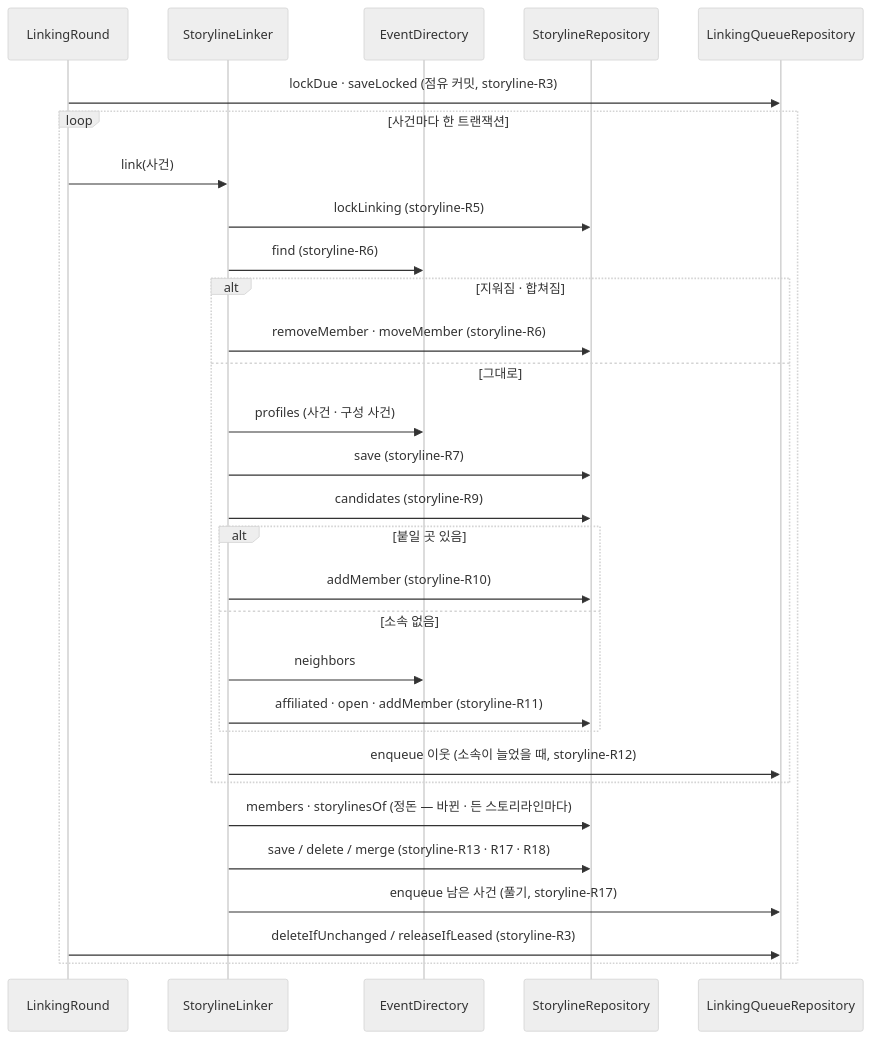
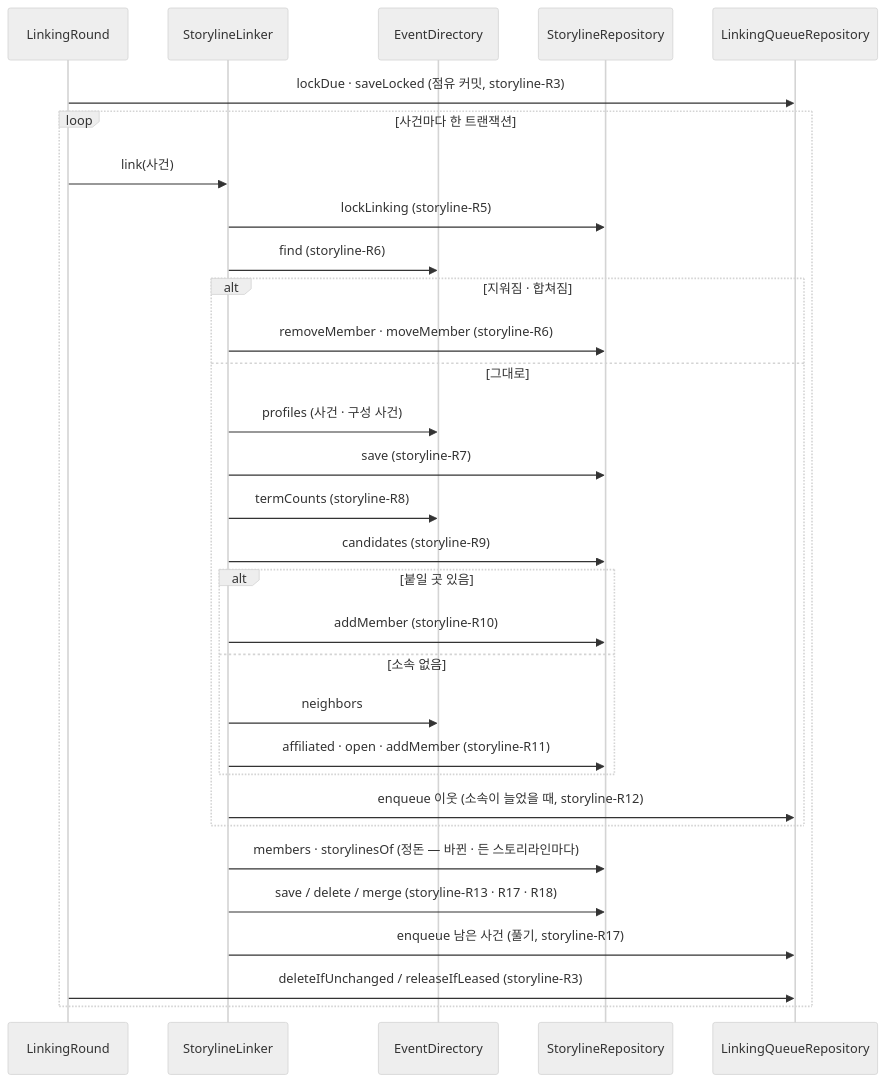
The diagram in docs/specs/storyline.md (Theia0382/yozm-news), drawn with Mermaid (neutral theme) before and after one commit. The commit also changed other lines of this file and 11 other files, not shown here.

````diff
--- a/docs/specs/storyline.md
+++ b/docs/specs/storyline.md
@@ -115,32 +116,33 @@
 ```mermaid
 sequenceDiagram
     participant R as LinkingRound
     participant L as StorylineLinker
     participant D as EventDirectory
     participant S as StorylineRepository
     participant Q as LinkingQueueRepository
     R->>Q: lockDue · saveLocked (점유 커밋, storyline-R3)
     loop 사건마다 한 트랜잭션
         R->>L: link(사건)
         L->>S: lockLinking (storyline-R5)
         L->>D: find (storyline-R6)
         alt 지워짐 · 합쳐짐
             L->>S: removeMember · moveMember (storyline-R6)
         else 그대로
             L->>D: profiles (사건 · 구성 사건)
             L->>S: save (storyline-R7)
+            L->>D: termCounts (storyline-R8)
             L->>S: candidates (storyline-R9)
             alt 붙일 곳 있음
                 L->>S: addMember (storyline-R10)
             else 소속 없음
                 L->>D: neighbors
                 L->>S: affiliated · open · addMember (storyline-R11)
             end
             L->>Q: enqueue 이웃 (소속이 늘었을 때, storyline-R12)
         end
         L->>S: members · storylinesOf (정돈 — 바뀐 · 든 스토리라인마다)
         L->>S: save / delete / merge (storyline-R13 · R17 · R18)
         L->>Q: enqueue 남은 사건 (풀기, storyline-R17)
         R->>Q: deleteIfUnchanged / releaseIfLeased (storyline-R3)
     end
 ```
````
